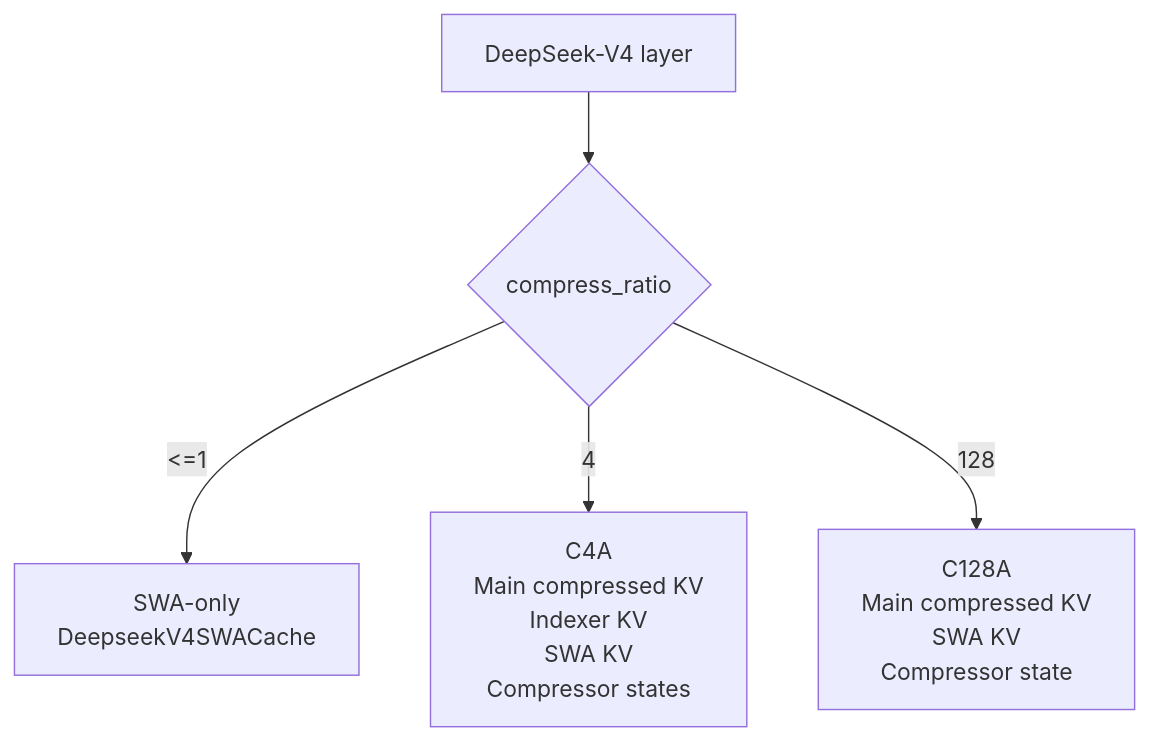
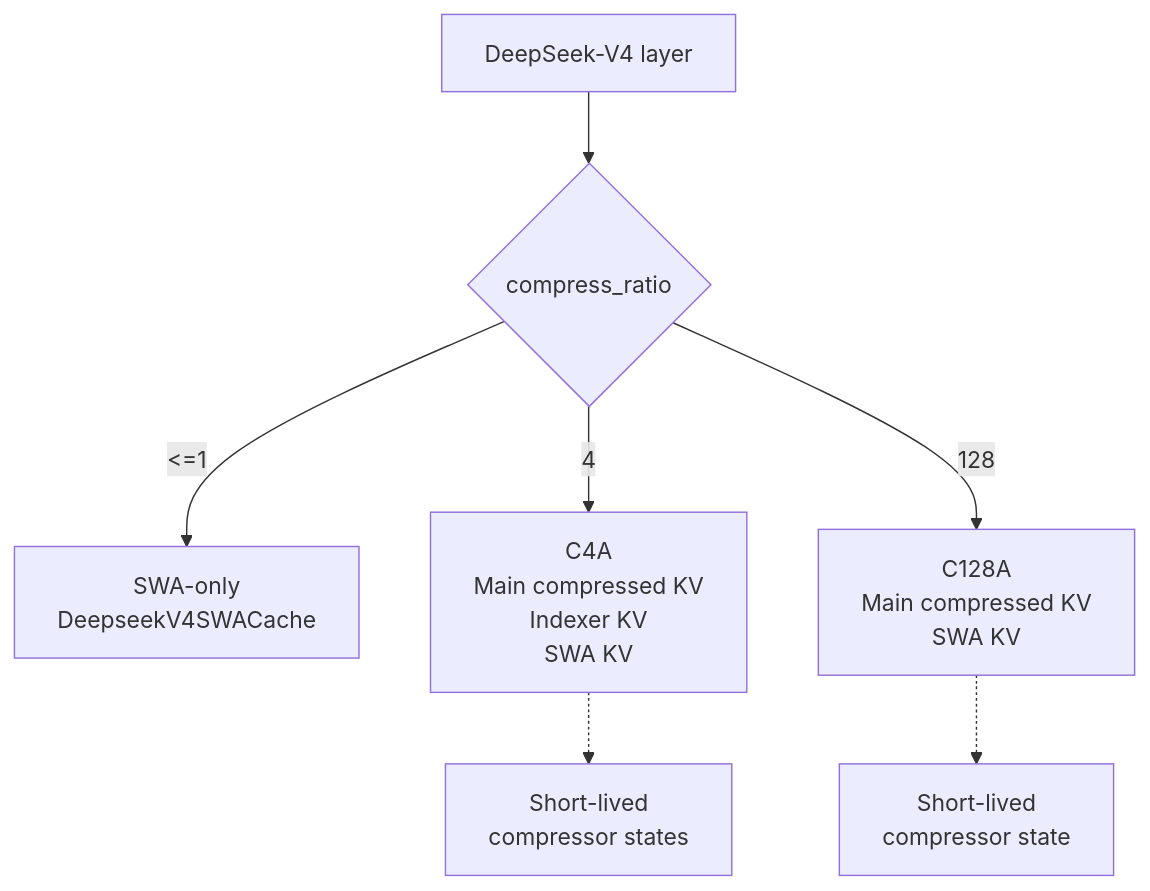
One commit to bigboywwn/AI_coding changed the first of 6 diagrams in docs/deepseek-v4-kvcache-decode-scheme-zh.md. Above: the diagram before and after it, drawn with Mermaid. The commit also changed other lines of this file, not shown here.

Commit message:
docs: clarify DeepSeek V4 compressor state cache

````diff
--- a/docs/deepseek-v4-kvcache-decode-scheme-zh.md
+++ b/docs/deepseek-v4-kvcache-decode-scheme-zh.md
@@ -52,7 +52,9 @@
 ```mermaid
 flowchart TB
     L["DeepSeek-V4 layer"] --> R{"compress_ratio"}
     R -->|"<=1"| S["SWA-only\nDeepseekV4SWACache"]
-    R -->|"4"| C4["C4A\nMain compressed KV\nIndexer KV\nSWA KV\nCompressor states"]
-    R -->|"128"| C128["C128A\nMain compressed KV\nSWA KV\nCompressor state"]
+    R -->|"4"| C4["C4A\nMain compressed KV\nIndexer KV\nSWA KV"]
+    R -->|"128"| C128["C128A\nMain compressed KV\nSWA KV"]
+    C4 -.-> ST4["Short-lived\ncompressor states"]
+    C128 -.-> ST128["Short-lived\ncompressor state"]
 ```
````
